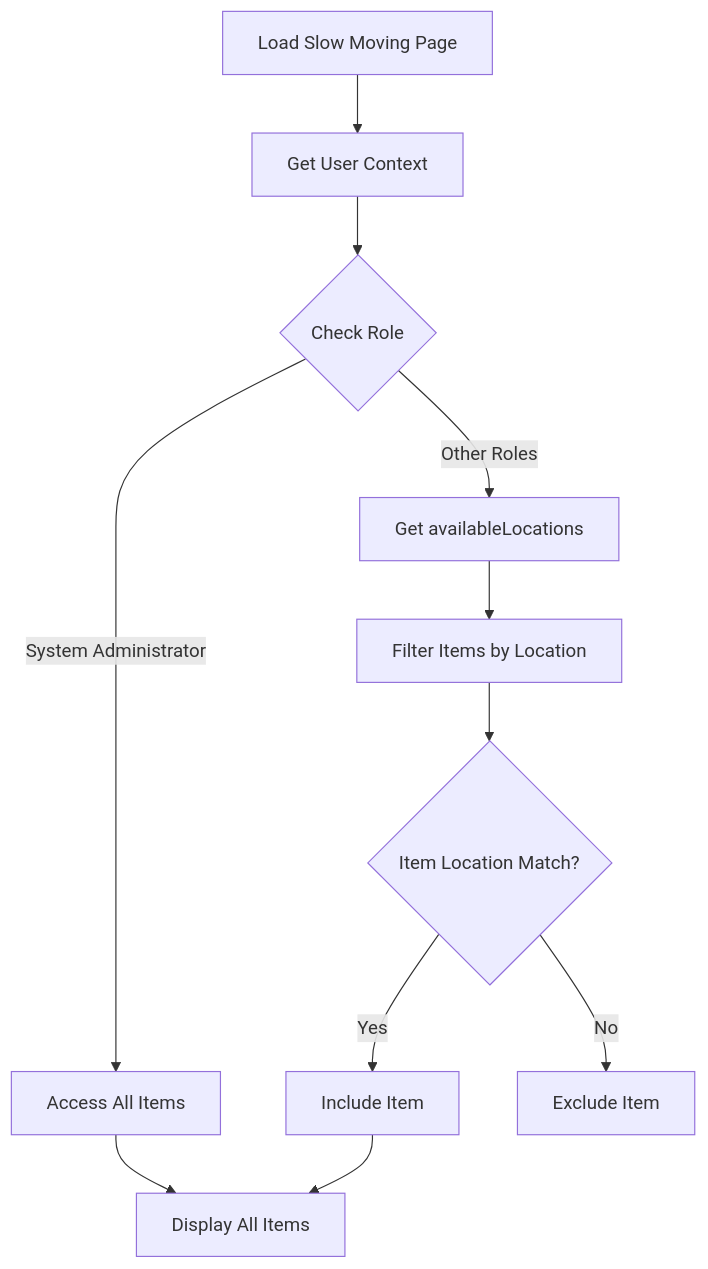
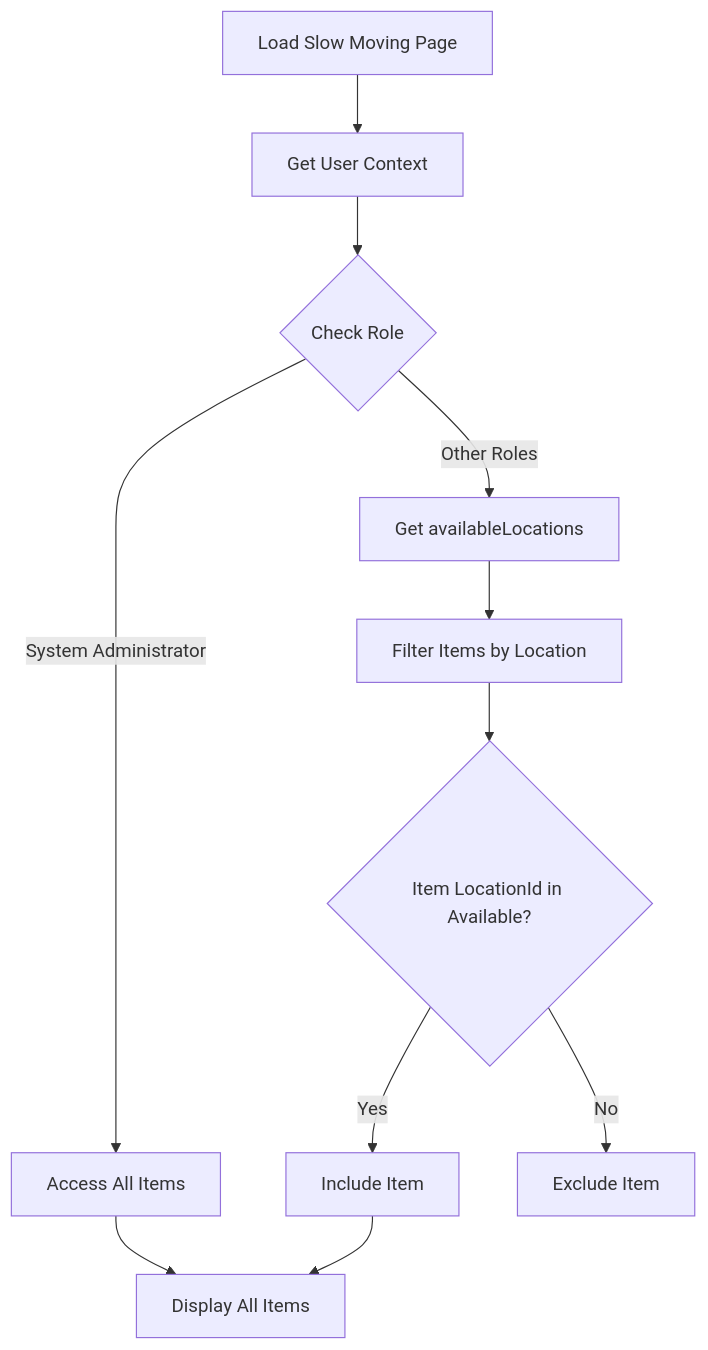
Before and after one commit to PeakMNA/carmen: diagram 13 of 18 in docs/app/inventory-management/stock-overview/slow-moving/FD-slow-moving.md, drawn with Mermaid. The commit also changed other lines of this file and 473 other files, not shown here.

````diff
--- a/docs/app/inventory-management/stock-overview/slow-moving/FD-slow-moving.md
+++ b/docs/app/inventory-management/stock-overview/slow-moving/FD-slow-moving.md
@@ -195,13 +286,13 @@
 ```mermaid
 flowchart TD
     A[Load Slow Moving Page] --> B[Get User Context]
     B --> C{Check Role}
     C -->|System Administrator| D[Access All Items]
     C -->|Other Roles| E[Get availableLocations]
     E --> F[Filter Items by Location]
-    F --> G{Item Location Match?}
+    F --> G{Item LocationId in Available?}
     G -->|Yes| H[Include Item]
     G -->|No| I[Exclude Item]
     D --> J[Display All Items]
     H --> J
 ```
````
